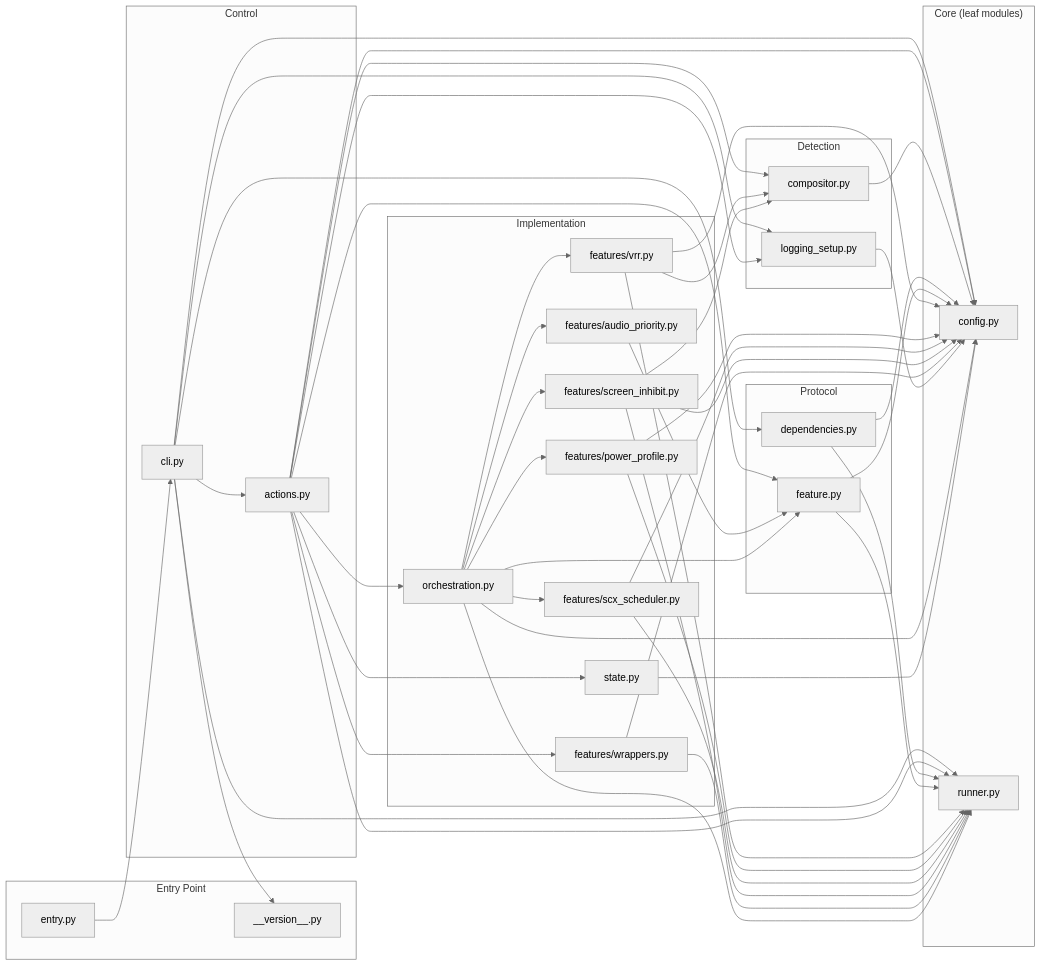
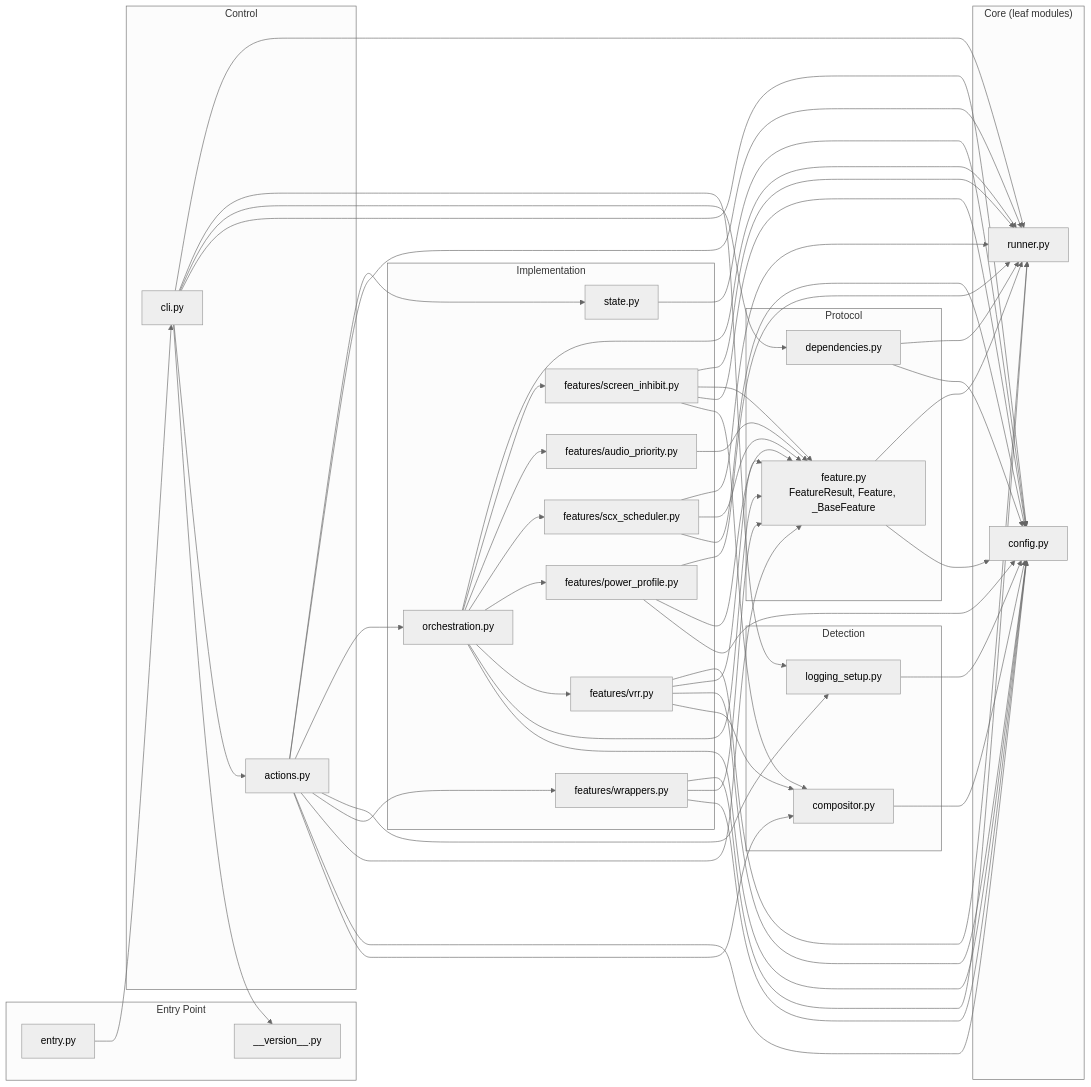
The first of 6 diagrams in DESIGN.md (WombatFromHell/beryl-gamemode), drawn with Mermaid (neutral theme) before and after one commit. The commit also changed other lines of this file and 28 other files, not shown here.

```diff
--- a/DESIGN.md
+++ b/DESIGN.md
@@ -27,7 +29,7 @@
     end
 
     subgraph protocol["Protocol"]
-        feature[feature.py]
+        feature[feature.py<br/>FeatureResult, Feature, _BaseFeature]
         dependencies[dependencies.py]
     end
 
@@ -71,16 +73,21 @@
     feature --> runner
     features_vrr --> compositor
     features_vrr --> config
+    features_vrr --> feature
     features_vrr --> runner
     features_pp --> config
+    features_pp --> feature
     features_pp --> runner
     features_scx --> config
+    features_scx --> feature
     features_scx --> runner
     features_audio --> feature
     features_inhibit --> compositor
     features_inhibit --> config
+    features_inhibit --> feature
     features_inhibit --> runner
     features_wrappers --> config
+    features_wrappers --> feature
     features_wrappers --> runner
     logging_setup --> config
     orchestration --> config
```
